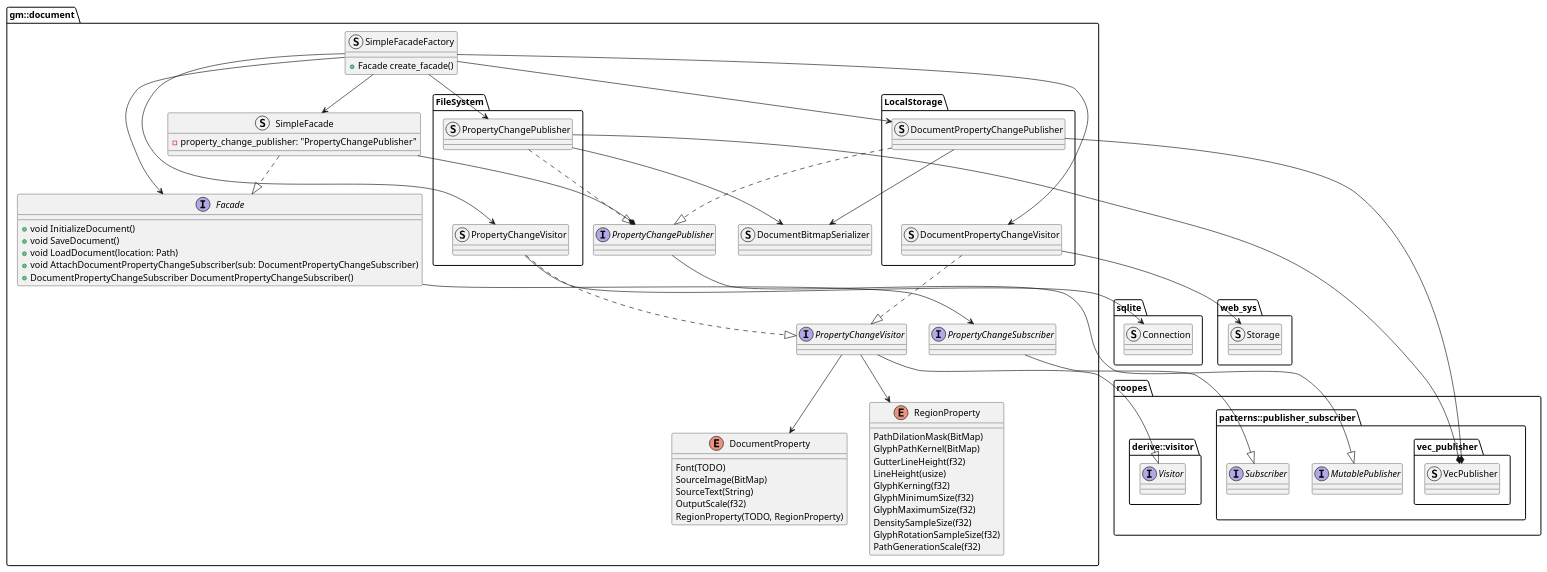
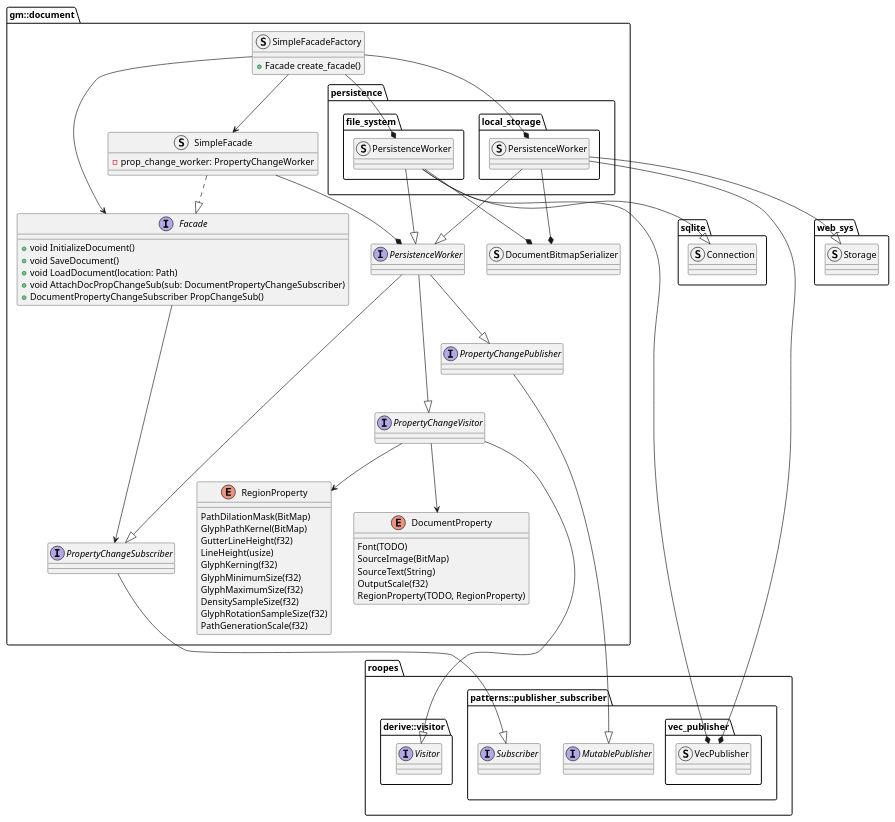
One commit to zwerdlds/GlyphMosaic changed the diagram in documentation/Specification/diagrams/subsystems/document.plantuml. Above: the diagram before and after it, drawn with PlantUML. The commit also changed 1 other file, not shown here.

Commit message:
docs: document subsystem: diagram finessed; tex high level desc clarified

```diff
--- a/documentation/Specification/diagrams/subsystems/document.plantuml
+++ b/documentation/Specification/diagrams/subsystems/document.plantuml
@@ -1,116 +1,119 @@
 @startuml
 skinparam componentStyle uml1
 
 package "gm::document" as doc {
     interface "Facade" as docf{
         + void InitializeDocument()
         + void SaveDocument()
         + void LoadDocument(location: Path)
-        + void AttachDocumentPropertyChangeSubscriber(sub: DocumentPropertyChangeSubscriber)
-        + DocumentPropertyChangeSubscriber DocumentPropertyChangeSubscriber()
+        + void AttachDocPropChangeSub(sub: DocumentPropertyChangeSubscriber)
+        + DocumentPropertyChangeSubscriber PropChangeSub()
     }
 
     enum "DocumentProperty" as docp {
         Font(TODO)
         SourceImage(BitMap)
         SourceText(String)
         OutputScale(f32)
         RegionProperty(TODO, RegionProperty)
     }
 
     enum "RegionProperty" as docrp {
         PathDilationMask(BitMap)
         GlyphPathKernel(BitMap)
         GutterLineHeight(f32)
         LineHeight(usize)
         GlyphKerning(f32)
         GlyphMinimumSize(f32)
         GlyphMaximumSize(f32)
         DensitySampleSize(f32)
         GlyphRotationSampleSize(f32)
         PathGenerationScale(f32)
     }
 
     interface "PropertyChangePublisher" as docpcp
     interface "PropertyChangeSubscriber" as docpcs
     interface "PropertyChangeVisitor" as docpcv
+    interface "PersistenceWorker" as docpw
 
     struct "SimpleFacadeFactory" as docsff {
         + Facade create_facade()
     }
     struct "SimpleFacade" as docsf {
-        - property_change_publisher: "PropertyChangePublisher"
+        - prop_change_worker: PropertyChangeWorker
     }
+
     struct "DocumentBitmapSerializer" as docbmpser
 
-    package "FileSystem" as docfs {
-        struct "PropertyChangeVisitor" as docfspcv
-        struct "PropertyChangePublisher" as docfspcp
-    }
+    package "persistence" as docpers{
+        package "file_system" as docperfs {
+            struct "PersistenceWorker" as docperfspw
+        }
 
-    package "LocalStorage" as docls {
-        struct "DocumentPropertyChangeVisitor" as doclspcv
-        struct "DocumentPropertyChangePublisher" as doclspcp
+        package "local_storage" as docperls {
+            struct "PersistenceWorker" as docperlspw
+        }
     }
 }
+
 
 package "roopes" {
     package "patterns::publisher_subscriber" as rps {
         interface "MutablePublisher" as rmp
         interface "Subscriber" as rs
 
         package "vec_publisher" {
             struct "VecPublisher" as rvp
         }
     }
 
     package "derive::visitor" as rvmod{
         interface "Visitor" as rv
     }
 }
 
-package "web_sys" as ws { 
+package "web_sys" as ws {
+
     struct "Storage" as wss
 }
 
 package "sqlite" as sql {
     struct "Connection" as sqlc
 }
 
 docf --> docpcs
 
 docsf ..|> docf
-docsf --* docpcp
+docsf --* docpw
 
 docsff --> docsf
 docsff --> docf
 
 docpcs --|> rs
 
-docfspcp --> docbmpser
+docpw --|> docpcp
+docpw --|> docpcv
+docpw --|> docpcs
 
-docfspcp ..|> docpcp
-docfspcv ..|> docpcv
-docfspcv --> sqlc
-docfspcp --* rvp
-docfspcp -d[hidden]- docfspcv
-
-doclspcv --> wss
-doclspcv ..|> docpcv
-doclspcp --> docbmpser
-doclspcp ..|> docpcp
-doclspcp --* rvp
-doclspcp -d[hidden]- doclspcv
+docpcp -d[hidden]- docpcv
+docpcv -d[hidden]- docpcs
 
 docpcp --|> rmp
 
 docpcv --|> rv
 docpcv --> docp
 docpcv --> docrp
 
-docsff --> doclspcp
-docsff --> doclspcv
-docsff --> docfspcp
-docsff --> docfspcv
+docsff --* docperlspw
+docperlspw --|> docpw
+docperlspw --|> wss
+docperlspw --* rvp
+docperlspw --* docbmpser
+
+docsff --* docperfspw
+docperfspw --|> docpw
+docperfspw --|> sqlc
+docperfspw --* rvp
+docperfspw --* docbmpser
 
 @enduml
```
